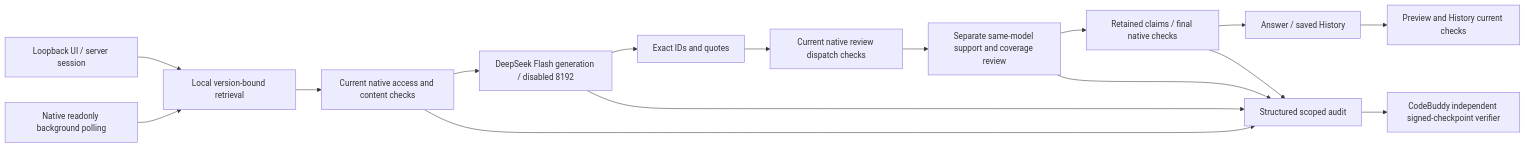
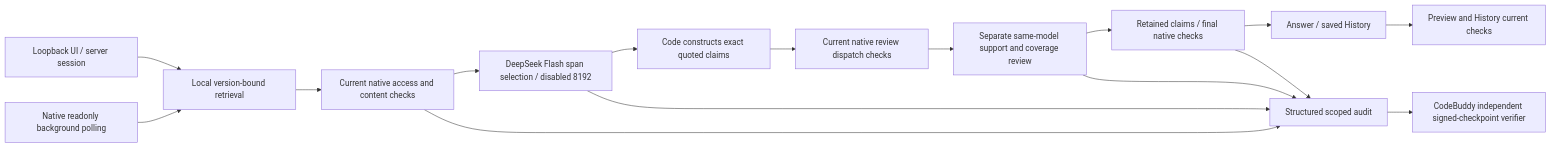
Before and after one commit to Stone441/AI-Bang2: the first of 2 diagrams in docs/IMPLEMENTED_ARCHITECTURE.md, drawn with Mermaid. The commit also changed other lines of this file and 23 other files, not shown here.

````diff
--- a/docs/IMPLEMENTED_ARCHITECTURE.md
+++ b/docs/IMPLEMENTED_ARCHITECTURE.md
@@ -9,15 +11,15 @@
 ```mermaid
 flowchart LR
  U[Loopback UI / server session] --> R[Local version-bound retrieval]
  W[Native readonly background polling] --> R
  R --> A[Current native access and content checks]
- A --> G[DeepSeek Flash generation / disabled 8192]
- G --> Q[Exact IDs and quotes]
+ A --> G[DeepSeek Flash span selection / disabled 8192]
+ G --> Q[Code constructs exact quoted claims]
  Q --> P[Current native review dispatch checks]
  P --> V[Separate same-model support and coverage review]
  V --> F[Retained claims / final native checks]
  F --> O[Answer / saved History]
  O --> C[Preview and History current checks]
  A & G & V & F --> L[Structured scoped audit]
  L --> S[CodeBuddy independent signed-checkpoint verifier]
 ```
````
